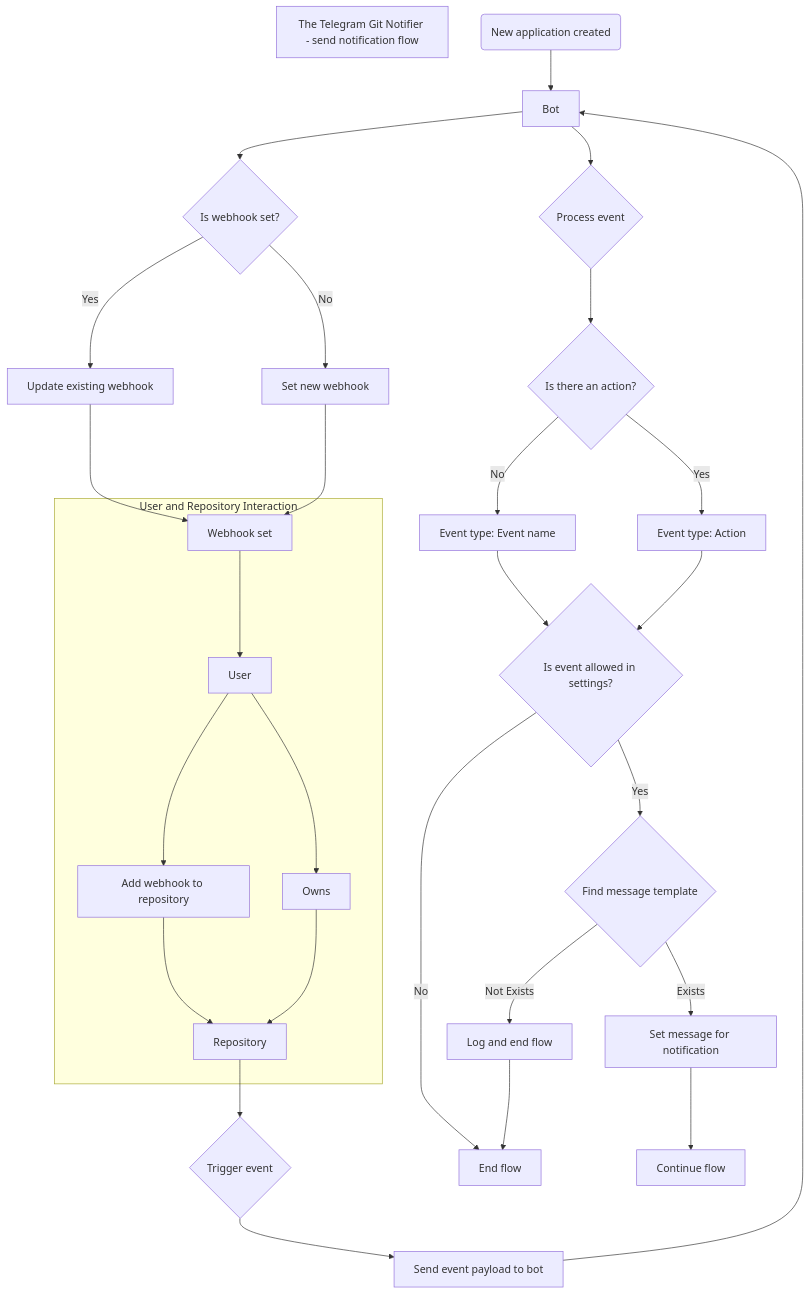
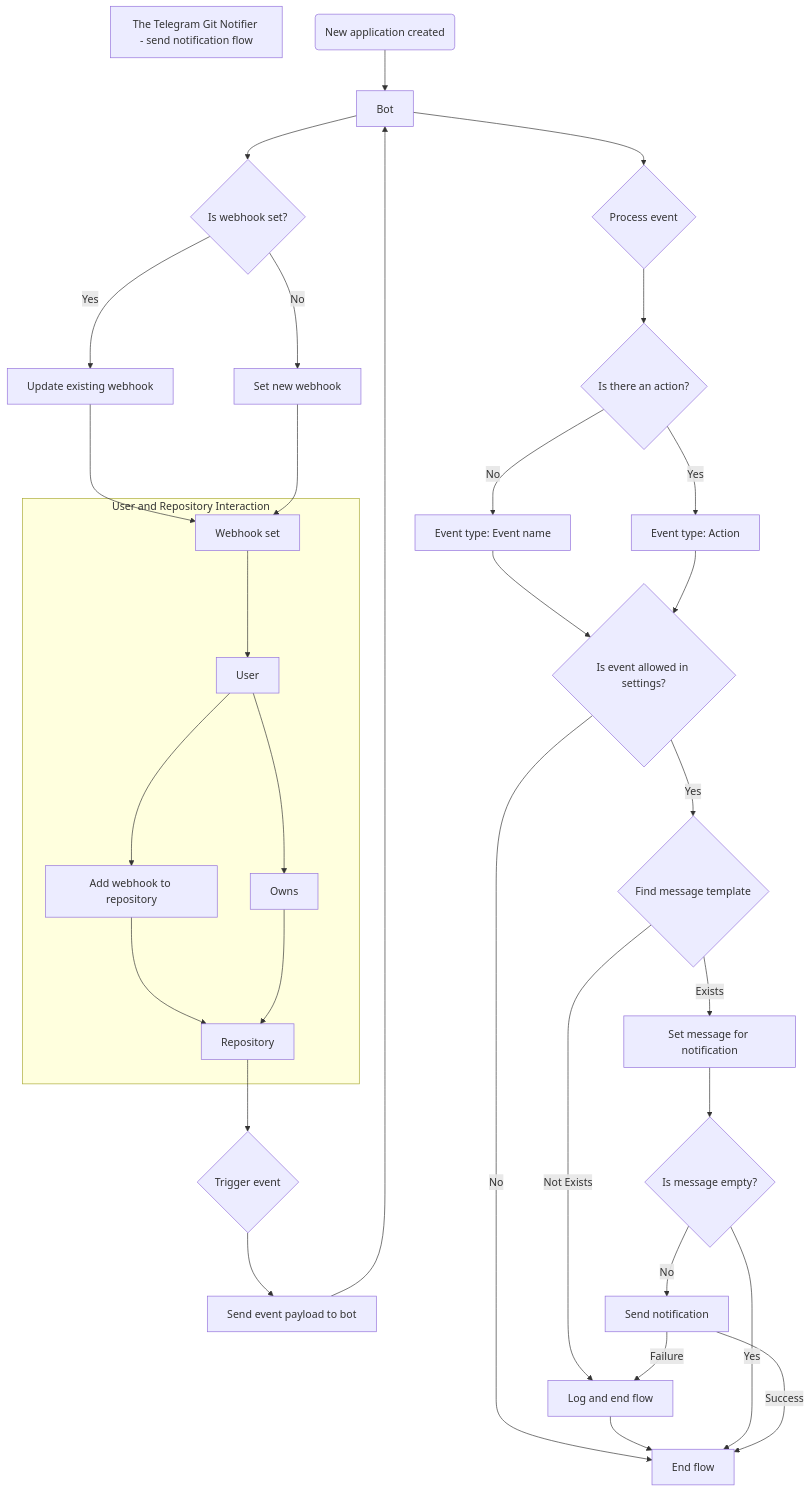
Before and after one commit to cslant/laravel-telegram-git-notifier: the second of 2 diagrams in docs/single/send-notification-flow.md, drawn with Mermaid.

Commit message:
docs: update flowchart for the send notification flow

````diff
--- a/docs/single/send-notification-flow.md
+++ b/docs/single/send-notification-flow.md
@@ -103,37 +103,41 @@
 ```mermaid
 flowchart TD
     title[The Telegram Git Notifier - send notification flow]
 
     application(New application created)
     application-->bot[Bot created]
     bot[Bot]
     bot-->webhookCheck{Is webhook set?}
     webhookCheck-->|No|setNewWebhook[Set new webhook]
     webhookCheck-->|Yes|updateWebhook[Update existing webhook]
     updateWebhook-->webhook[Webhook updated]
     setNewWebhook-->webhook[Webhook set]
 
     subgraph "User and Repository Interaction"
         webhook-->user[User]
         user-->addWebhookToRepo[Add webhook to repository]
         addWebhookToRepo-->repository[Repository]
         user-->ownsRepo[Owns]
         ownsRepo-->repository
     end
 
     repository-->triggerEvent{Trigger event}
     triggerEvent-->sendPayload[Send event payload to bot]
     sendPayload-->bot
     bot-->processEvent{Process event}
     processEvent-->checkAction{Is there an action?}
     checkAction-->|Yes|actionMessage[Event type: Action]
     checkAction-->|No|eventNameMessage[Event type: Event name]
     eventNameMessage-->checkSettings{Is event allowed in settings?}
     actionMessage-->checkSettings
     checkSettings-->|Yes|findTemplate{Find message template}
     checkSettings-->|No|endFlow[End flow]
     findTemplate-->|Exists|setMessage[Set message for notification]
     findTemplate-->|Not Exists|logAndEndFlow[Log and end flow]
-    setMessage-->continueFlow[Continue flow]
     logAndEndFlow-->endFlow
+    setMessage-->checkMessage{Is message empty?}
+    checkMessage-->|Yes|endFlow[End flow]
+    checkMessage-->|No|sendNotification[Send notification]
+    sendNotification-->|Success|endFlow[End flow]
+    sendNotification-->|Failure|logAndEndFlow[Log and end flow]
 ```
````
